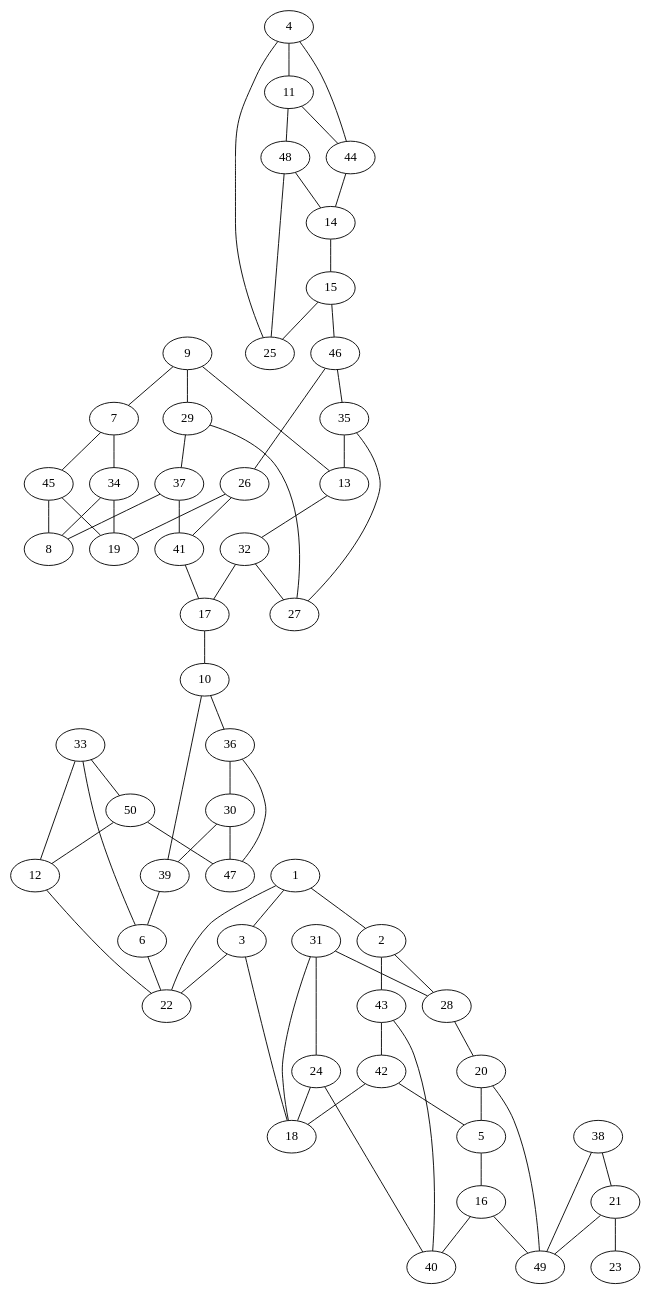
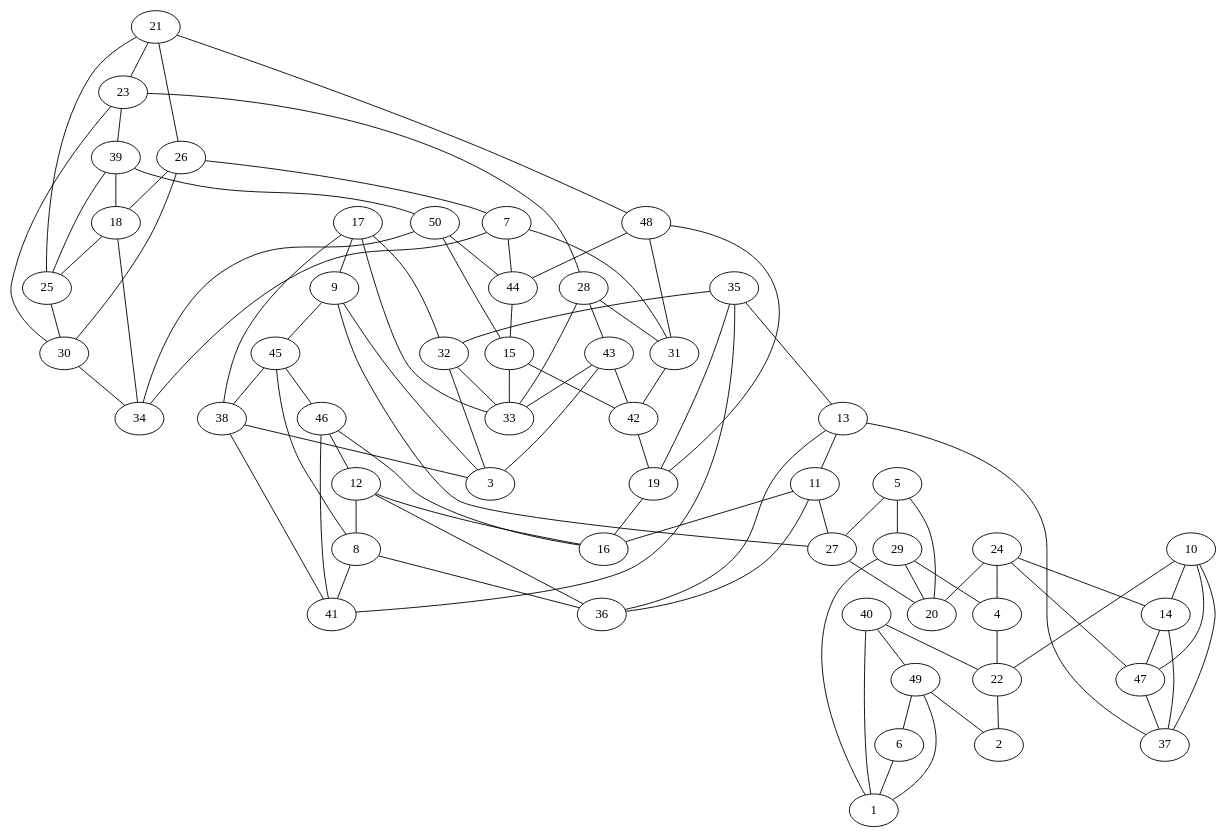
One commit to ElvisTech007/proyectos_DAA changed the diagram in proyecto_1/archivos_graphviz/grafo_barabasi_50_nodos.dot. Above: the diagram before and after it, drawn with Graphviz. The commit also changed 40 other files, not shown here.

```diff
--- a/proyecto_1/archivos_graphviz/grafo_barabasi_50_nodos.dot
+++ b/proyecto_1/archivos_graphviz/grafo_barabasi_50_nodos.dot
@@ -1,127 +1,149 @@
 graph G_1 {
-    4;
-    11;
+    21;
+    23;
+    39;
+    26;
+    18;
+    25;
+    30;
+    48;
+    7;
+    28;
+    31;
+    50;
     44;
-    48;
-    14;
+    34;
     15;
-    25;
+    43;
+    42;
+    35;
+    19;
+    17;
+    32;
+    33;
+    9;
+    45;
+    38;
+    3;
     46;
-    35;
-    9;
-    29;
-    13;
-    32;
-    27;
-    7;
-    26;
-    45;
-    34;
-    19;
-    37;
+    12;
     8;
     41;
-    17;
+    13;
+    11;
+    36;
+    16;
+    5;
+    27;
+    29;
+    24;
+    20;
     10;
-    36;
-    30;
-    39;
-    33;
-    50;
+    14;
     47;
+    4;
+    37;
+    40;
+    49;
     6;
-    12;
     1;
-    3;
     22;
     2;
-    43;
-    31;
-    28;
-    42;
-    24;
-    18;
-    20;
-    5;
-    16;
-    40;
-    38;
-    21;
-    49;
-    23;
-    4 -- 11;
-    4 -- 44;
-    11 -- 44;
-    11 -- 48;
-    44 -- 14;
-    48 -- 14;
-    14 -- 15;
-    4 -- 25;
-    48 -- 25;
-    15 -- 25;
-    15 -- 46;
-    46 -- 35;
-    9 -- 29;
+    21 -- 23;
+    23 -- 39;
+    21 -- 26;
+    39 -- 18;
+    26 -- 18;
+    21 -- 25;
+    39 -- 25;
+    18 -- 25;
+    23 -- 30;
+    26 -- 30;
+    25 -- 30;
+    21 -- 48;
+    26 -- 7;
+    23 -- 28;
+    48 -- 31;
+    7 -- 31;
+    28 -- 31;
+    39 -- 50;
+    48 -- 44;
+    7 -- 44;
+    50 -- 44;
+    18 -- 34;
+    30 -- 34;
+    7 -- 34;
+    50 -- 34;
+    50 -- 15;
+    44 -- 15;
+    28 -- 43;
+    31 -- 42;
+    15 -- 42;
+    43 -- 42;
+    48 -- 19;
+    42 -- 19;
+    35 -- 19;
+    35 -- 32;
+    17 -- 32;
+    28 -- 33;
+    15 -- 33;
+    43 -- 33;
+    17 -- 33;
+    32 -- 33;
+    17 -- 9;
+    9 -- 45;
+    17 -- 38;
+    45 -- 38;
+    43 -- 3;
+    32 -- 3;
+    9 -- 3;
+    38 -- 3;
+    45 -- 46;
+    46 -- 12;
+    45 -- 8;
+    12 -- 8;
+    35 -- 41;
+    38 -- 41;
+    46 -- 41;
+    8 -- 41;
     35 -- 13;
-    9 -- 13;
-    13 -- 32;
-    35 -- 27;
-    29 -- 27;
-    32 -- 27;
-    9 -- 7;
-    46 -- 26;
-    7 -- 45;
-    7 -- 34;
-    26 -- 19;
-    45 -- 19;
-    34 -- 19;
-    29 -- 37;
-    45 -- 8;
-    34 -- 8;
-    37 -- 8;
-    26 -- 41;
-    37 -- 41;
-    32 -- 17;
-    41 -- 17;
-    17 -- 10;
-    10 -- 36;
-    36 -- 30;
-    10 -- 39;
-    30 -- 39;
-    33 -- 50;
-    36 -- 47;
-    30 -- 47;
-    50 -- 47;
-    39 -- 6;
-    33 -- 6;
-    33 -- 12;
-    50 -- 12;
-    1 -- 3;
-    6 -- 22;
-    12 -- 22;
-    1 -- 22;
-    3 -- 22;
-    1 -- 2;
-    2 -- 43;
-    2 -- 28;
-    31 -- 28;
-    43 -- 42;
-    31 -- 24;
-    3 -- 18;
-    31 -- 18;
-    42 -- 18;
-    24 -- 18;
-    28 -- 20;
-    42 -- 5;
-    20 -- 5;
-    5 -- 16;
-    43 -- 40;
-    24 -- 40;
-    16 -- 40;
-    38 -- 21;
-    20 -- 49;
-    16 -- 49;
-    38 -- 49;
-    21 -- 49;
-    21 -- 23;
+    13 -- 11;
+    12 -- 36;
+    8 -- 36;
+    13 -- 36;
+    11 -- 36;
+    19 -- 16;
+    46 -- 16;
+    12 -- 16;
+    11 -- 16;
+    9 -- 27;
+    11 -- 27;
+    5 -- 27;
+    5 -- 29;
+    5 -- 20;
+    27 -- 20;
+    29 -- 20;
+    24 -- 20;
+    24 -- 14;
+    10 -- 14;
+    24 -- 47;
+    10 -- 47;
+    14 -- 47;
+    29 -- 4;
+    24 -- 4;
+    13 -- 37;
+    10 -- 37;
+    14 -- 37;
+    47 -- 37;
+    40 -- 49;
+    49 -- 6;
+    29 -- 1;
+    40 -- 1;
+    49 -- 1;
+    6 -- 1;
+    10 -- 22;
+    4 -- 22;
+    40 -- 22;
+    49 -- 2;
+    22 -- 2;
 }
```
